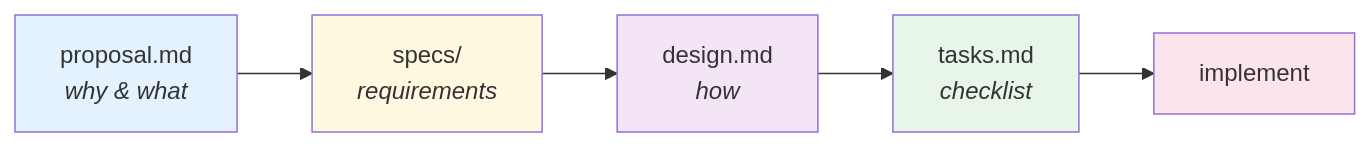
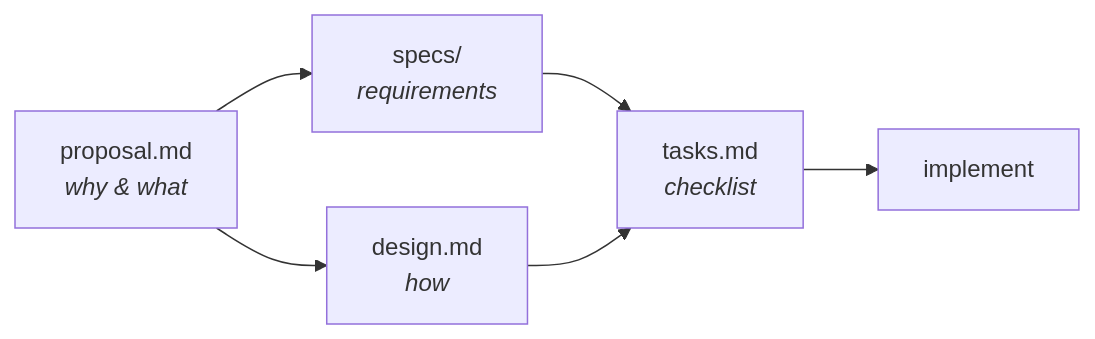
One commit to amauryconstant/openspec-extended changed the second of 6 diagrams in resources/claude/skills/openspec-concepts/SKILL.md. Above: the diagram before and after it, drawn with Mermaid. The commit also changed other lines of this file and 13 other files, not shown here.

First line of the commit message:
Restructure openspec-concepts with anti-patterns and JSON schemas

````diff
--- a/resources/claude/skills/openspec-concepts/SKILL.md
+++ b/resources/claude/skills/openspec-concepts/SKILL.md
@@ -59,13 +103,8 @@
 ```mermaid
 graph LR
     A[proposal.md<br/><i>why & what</i>] --> B[specs/<br/><i>requirements</i>]
-    B --> C[design.md<br/><i>how</i>]
-    C --> D[tasks.md<br/><i>checklist</i>]
+    A --> C[design.md<br/><i>how</i>]
+    B --> D[tasks.md<br/><i>checklist</i>]
+    C --> D
     D --> E[implement]
-    
-    style A fill:#e3f2fd
-    style B fill:#fff8e1
-    style C fill:#f3e5f5
-    style D fill:#e8f5e9
-    style E fill:#fce4ec
 ```
````
